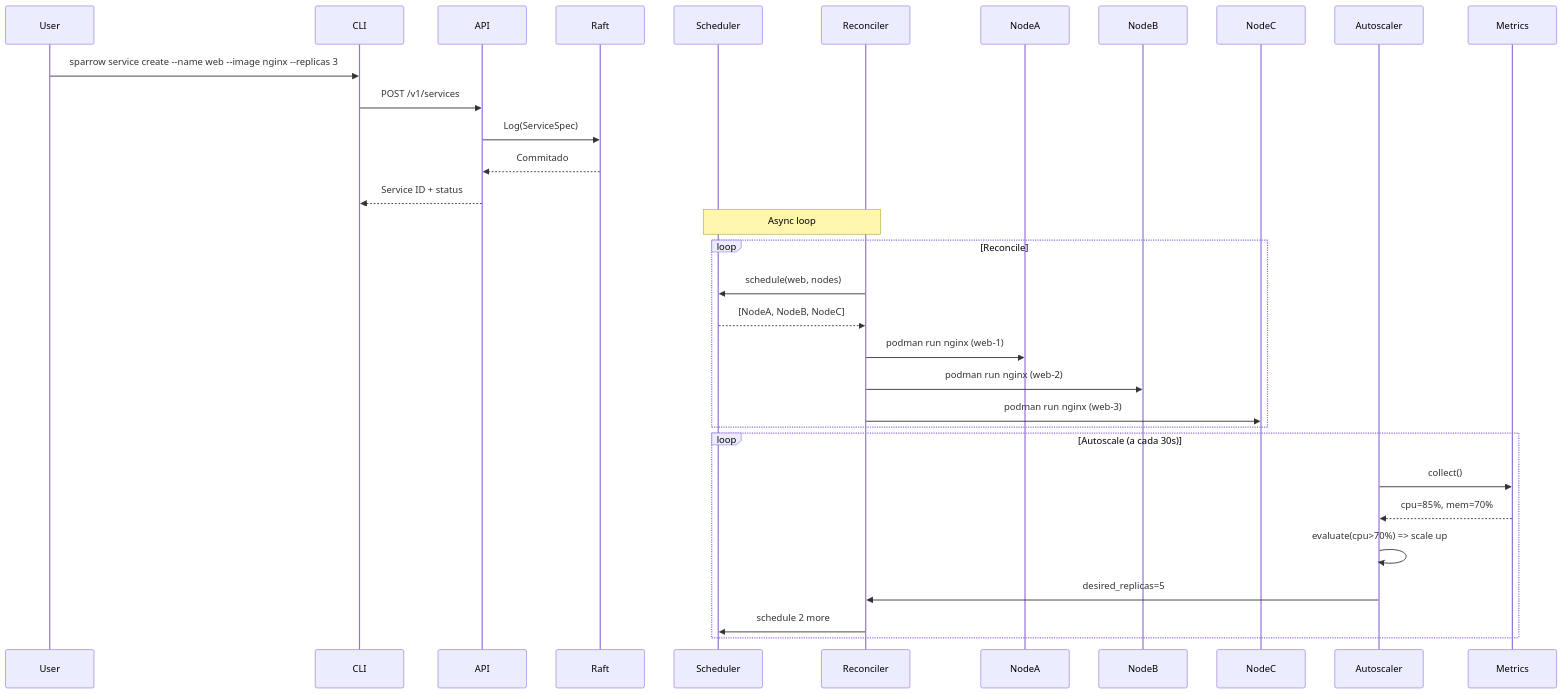
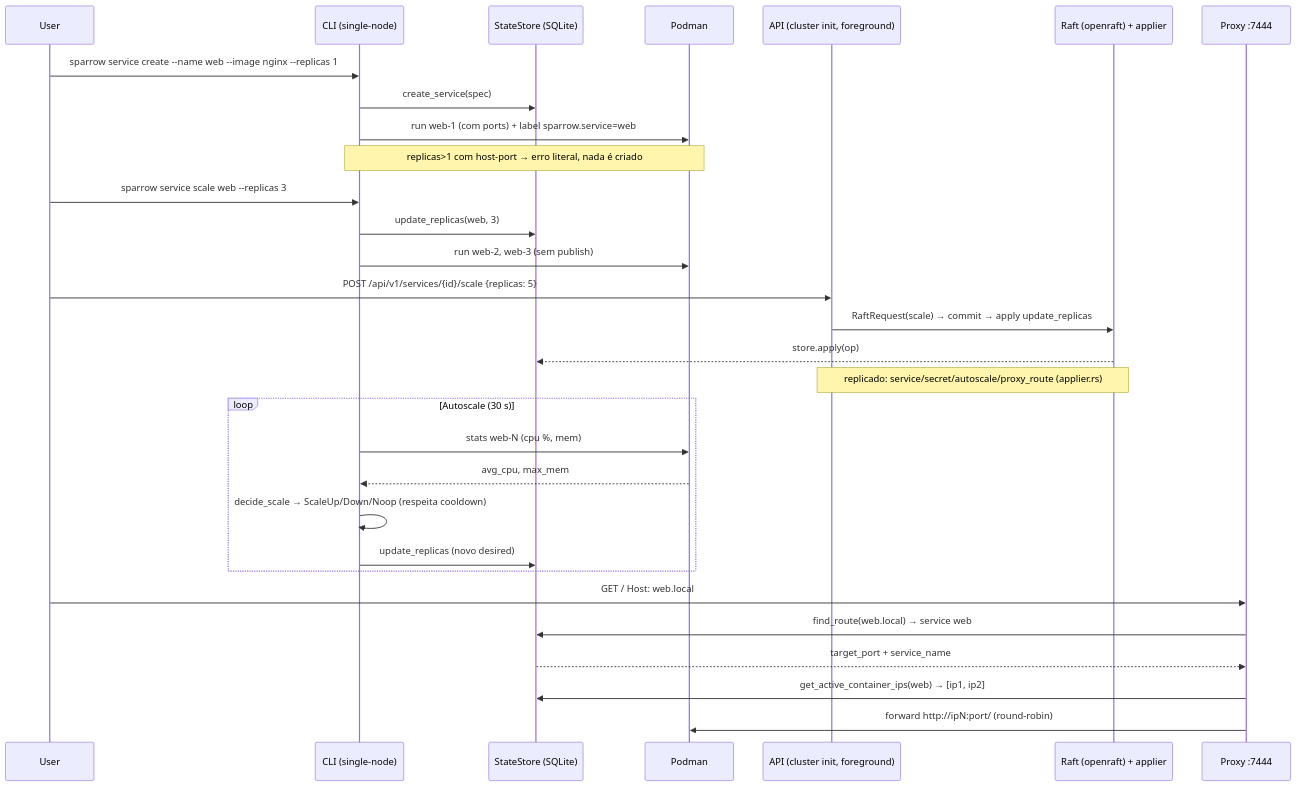
One commit to andeerc/sparrow changed the diagram in docs/architecture.md. Above: the diagram before and after it, drawn with Mermaid. The commit also changed other lines of this file and 13 other files, not shown here.

````diff
--- a/docs/architecture.md
+++ b/docs/architecture.md
@@ -262,25 +270,36 @@
 ```mermaid
 sequenceDiagram
-    User->>CLI: sparrow service create --name web --image nginx --replicas 3
-    CLI->>API: POST /v1/services
-    API->>Raft: Log(ServiceSpec)
-    Raft-->>API: Commitado
-    API-->>CLI: Service ID + status
-    Note over Scheduler,Reconciler: Async loop
-    
-    loop Reconcile
-        Reconciler->>Scheduler: schedule(web, nodes)
-        Scheduler-->>Reconciler: [NodeA, NodeB, NodeC]
-        Reconciler->>NodeA: podman run nginx (web-1)
-        Reconciler->>NodeB: podman run nginx (web-2)
-        Reconciler->>NodeC: podman run nginx (web-3)
+    participant U as User
+    participant CLI as CLI (single-node)
+    participant S as StateStore (SQLite)
+    participant P as Podman
+    U->>CLI: sparrow service create --name web --image nginx --replicas 1
+    CLI->>S: create_service(spec)
+    CLI->>P: run web-1 (com ports) + label sparrow.service=web
+    Note over CLI,P: replicas>1 com host-port → erro literal, nada é criado
+
+    U->>CLI: sparrow service scale web --replicas 3
+    CLI->>S: update_replicas(web, 3)
+    CLI->>P: run web-2, web-3 (sem publish)
+
+    participant API as API (cluster init, foreground)
+    participant R as Raft (openraft) + applier
+    U->>API: POST /api/v1/services/{id}/scale {replicas: 5}
+    API->>R: RaftRequest(scale) → commit → apply update_replicas
+    R-->>S: store.apply(op)
+    Note over API,R: replicado: service/secret/autoscale/proxy_route (applier.rs)
+
+    loop Autoscale (30 s)
+        CLI->>P: stats web-N (cpu %, mem)
+        P-->>CLI: avg_cpu, max_mem
+        CLI->>CLI: decide_scale → ScaleUp/Down/Noop (respeita cooldown)
+        CLI->>S: update_replicas (novo desired)
     end
-    
-    loop Autoscale (a cada 30s)
-        Autoscaler->>Metrics: collect()
-        Metrics-->>Autoscaler: cpu=85%, mem=70%
-        Autoscaler->>Autoscaler: evaluate(cpu>70%) => scale up
-        Autoscaler->>Reconciler: desired_replicas=5
-        Reconciler->>Scheduler: schedule 2 more
-    end
+
+    participant PX as Proxy :7444
+    U->>PX: GET / Host: web.local
+    PX->>S: find_route(web.local) → service web
+    S-->>PX: target_port + service_name
+    PX->>S: get_active_container_ips(web) → [ip1, ip2]
+    PX->>P: forward http://ipN:port/ (round-robin)
 ```
````
